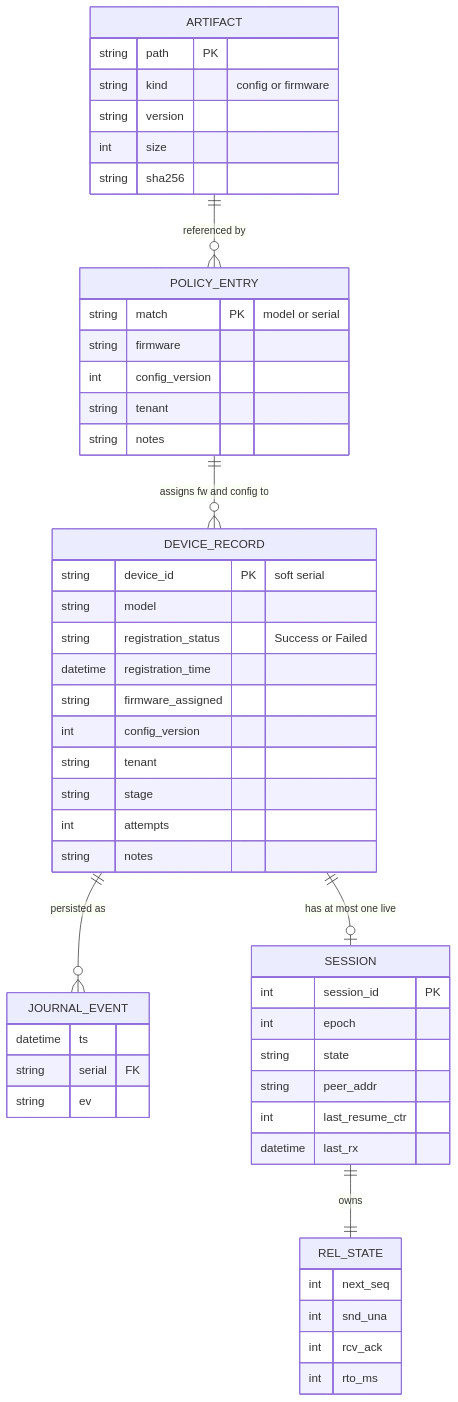
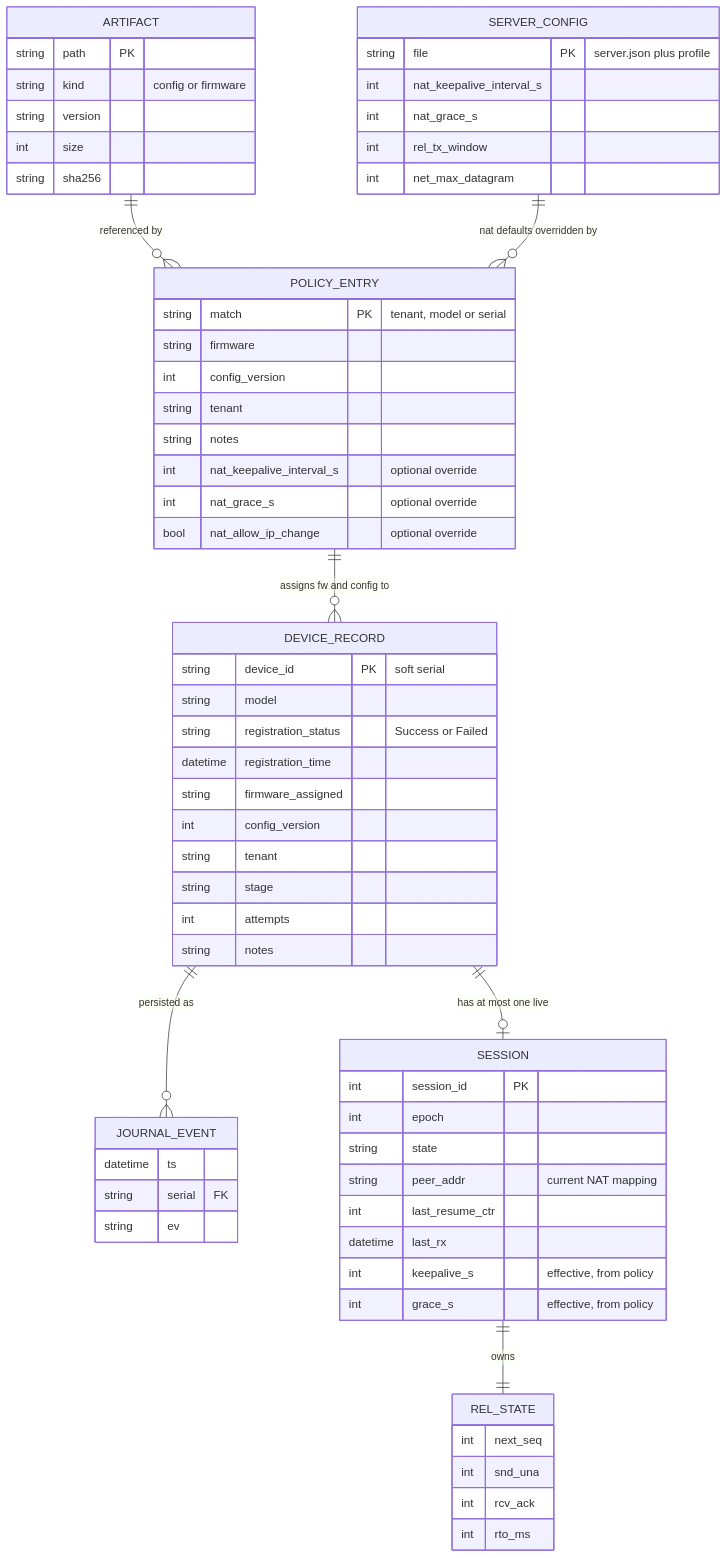
Before and after one commit to heysunilvk/ztp-project: diagram 19 of 23 in DESIGN.md, drawn with Mermaid. The commit also changed other lines of this file and 2 other files, not shown here.

````diff
--- a/DESIGN.md
+++ b/DESIGN.md
@@ -1340,53 +1571,66 @@
 ```mermaid
 erDiagram
     POLICY_ENTRY ||--o{ DEVICE_RECORD : "assigns fw and config to"
     DEVICE_RECORD ||--o{ JOURNAL_EVENT : "persisted as"
     DEVICE_RECORD ||--o| SESSION : "has at most one live"
     SESSION ||--|| REL_STATE : "owns"
     ARTIFACT ||--o{ POLICY_ENTRY : "referenced by"
+    SERVER_CONFIG ||--o{ POLICY_ENTRY : "nat defaults overridden by"
     DEVICE_RECORD {
         string device_id PK "soft serial"
         string model
         string registration_status "Success or Failed"
         datetime registration_time
         string firmware_assigned
         int config_version
         string tenant
         string stage
         int attempts
         string notes
     }
     SESSION {
         int session_id PK
         int epoch
         string state
-        string peer_addr
+        string peer_addr "current NAT mapping"
         int last_resume_ctr
         datetime last_rx
+        int keepalive_s "effective, from policy"
+        int grace_s "effective, from policy"
     }
     REL_STATE {
         int next_seq
         int snd_una
         int rcv_ack
         int rto_ms
     }
     POLICY_ENTRY {
-        string match PK "model or serial"
+        string match PK "tenant, model or serial"
         string firmware
         int config_version
         string tenant
         string notes
+        int nat_keepalive_interval_s "optional override"
+        int nat_grace_s "optional override"
+        bool nat_allow_ip_change "optional override"
+    }
+    SERVER_CONFIG {
+        string file PK "server.json plus profile"
+        int nat_keepalive_interval_s
+        int nat_grace_s
+        int rel_tx_window
+        int net_max_datagram
     }
     ARTIFACT {
         string path PK
         string kind "config or firmware"
         string version
         int size
         string sha256
     }
     JOURNAL_EVENT {
         datetime ts
         string serial FK
         string ev
     }
 ```
````
